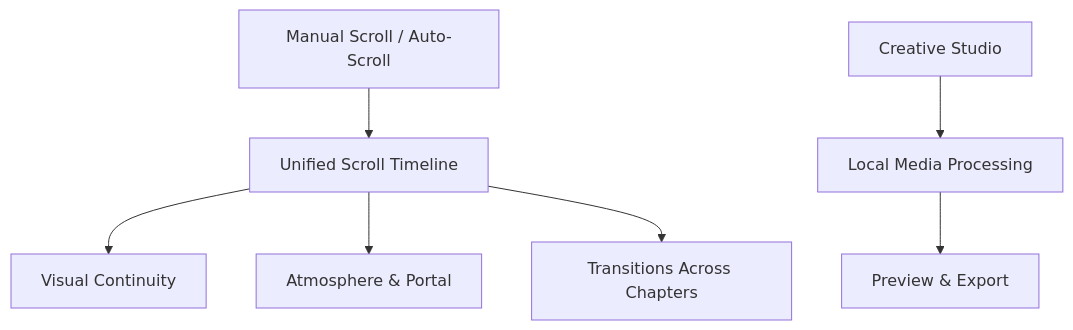
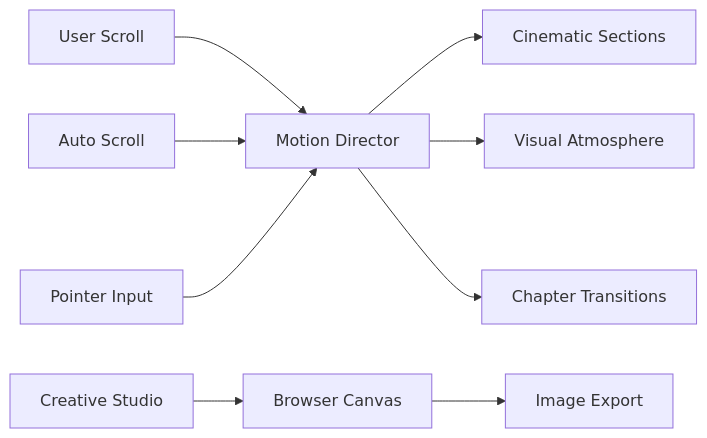
The diagram in README.md (wawanwfs/siapstory), drawn with Mermaid before and after one commit. The commit also changed other lines of this file, not shown here.

Commit message:
docs: add cinematic cover and full premium GitHub README

````diff
--- a/README.md
+++ b/README.md
@@ -45,9 +72,11 @@
 ```mermaid
-flowchart TD
-  A[Manual Scroll / Auto-Scroll] --> B[Unified Scroll Timeline]
-  B --> C[Visual Continuity]
-  B --> D[Atmosphere & Portal]
-  B --> E[Transitions Across Chapters]
-  F[Creative Studio] --> G[Local Media Processing]
-  G --> H[Preview & Export]
+flowchart LR
+    A[User Scroll] --> D[Motion Director]
+    B[Auto Scroll] --> D
+    C[Pointer Input] --> D
+    D --> E[Cinematic Sections]
+    D --> F[Visual Atmosphere]
+    D --> G[Chapter Transitions]
+    H[Creative Studio] --> I[Browser Canvas]
+    I --> J[Image Export]
 ```
````
